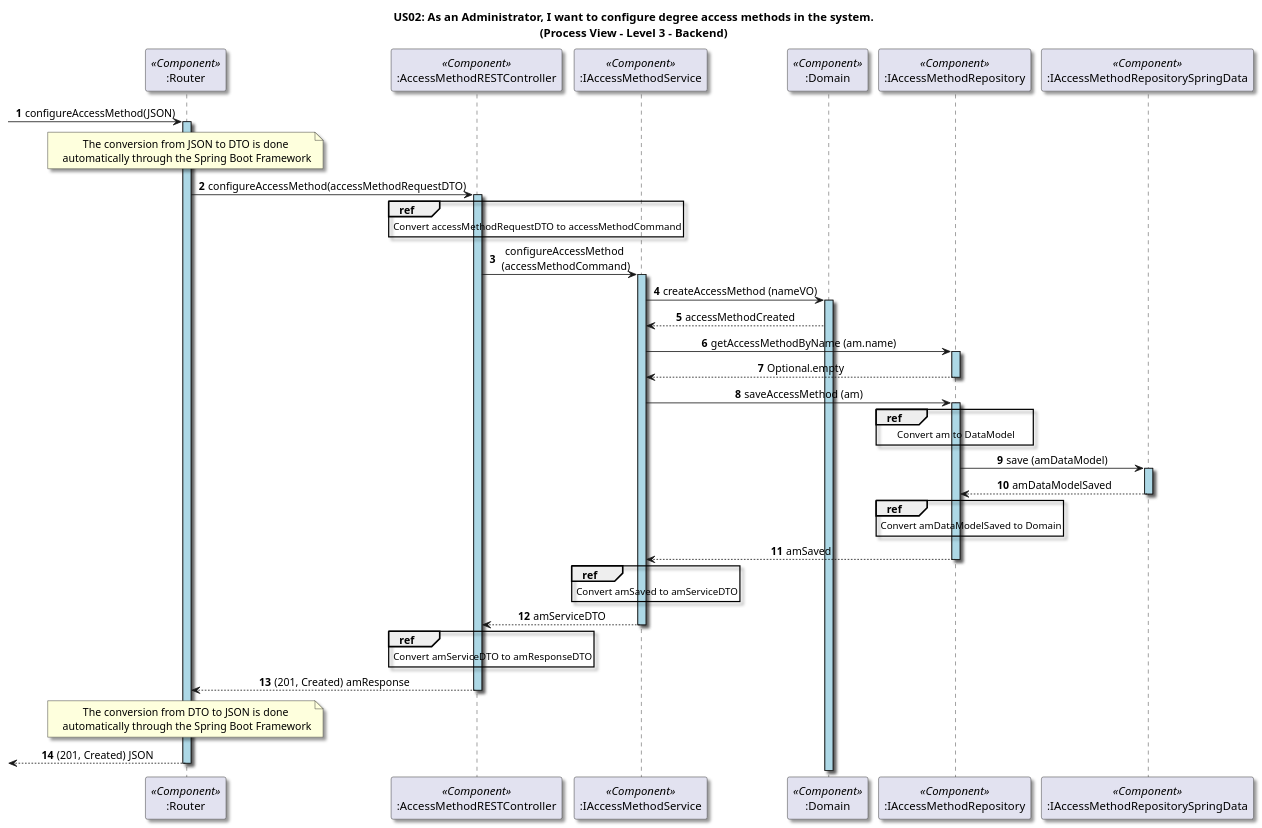
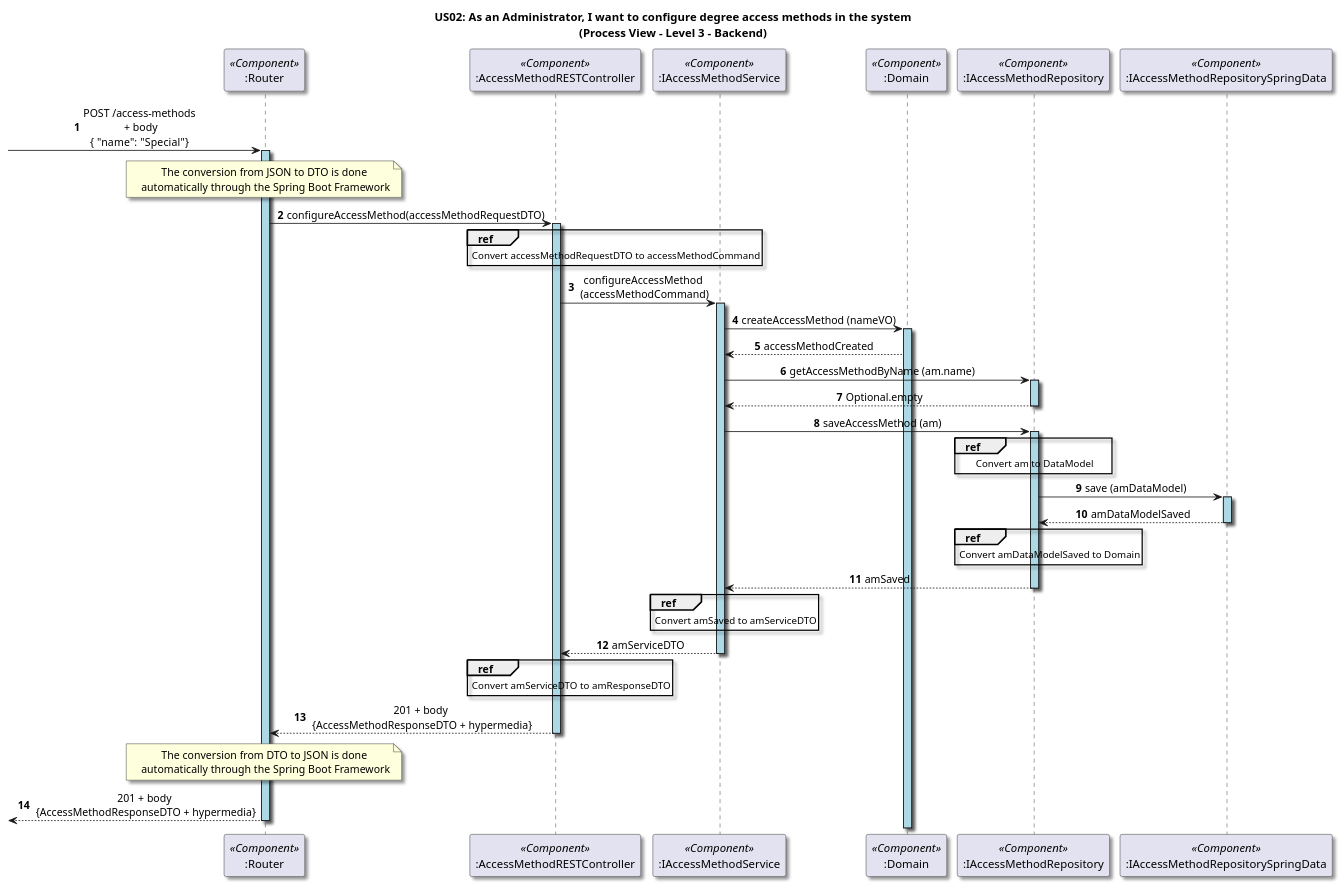
Before and after one commit to GasparISEP/DevOps-PAI: the diagram in docs/US02/Sprint6_RestAPI/ProcessView/Level3.puml, drawn with PlantUML. The commit also changed 2 other files, not shown here.

Commit message:
refactor (diagrams): update Lvl 2 and Lvl 3 process view and Lvl4 scenario view diagrams - update message descriptions to improve clarity and consistency. Closes #650

```diff
--- a/docs/US02/Sprint6_RestAPI/ProcessView/Level3.puml
+++ b/docs/US02/Sprint6_RestAPI/ProcessView/Level3.puml
@@ -1,89 +1,88 @@
 @startuml
 
-title US02: As an Administrator, I want to configure degree access methods in the system.\n(Process View - Level 3 - Backend)
+title US02: As an Administrator, I want to configure degree access methods in the system\n(Process View - Level 3 - Backend)
 
 skinparam defaultTextAlignment center
 skinparam shadowing true
 
 
 autonumber
-
 participant ":Router" as router <<Component>>
--> router: configureAccessMethod(JSON)
+-> router:  POST /access-methods\n + body\n{  "name": "Special"}
 activate router #LightBlue
 note over router: The conversion from JSON to DTO is done\n automatically through the Spring Boot Framework
 
 participant ":AccessMethodRESTController" as Controller <<Component>>
 router -> Controller: configureAccessMethod(accessMethodRequestDTO)
 activate Controller #LightBlue
 
 ref over Controller
     Convert accessMethodRequestDTO to accessMethodCommand
 end
 
 participant ":IAccessMethodService" as Service <<Component>>
 Controller -> Service: configureAccessMethod\n (accessMethodCommand)
 activate Service #LightBlue
 
 
 participant ":Domain" as Domain <<Component>>
 Service -> Domain: createAccessMethod (nameVO)
 
 activate Domain #LightBlue
 
 Domain --> Service: accessMethodCreated
 
 
 participant ":IAccessMethodRepository" as Repository <<Component>>
 Service -> Repository: getAccessMethodByName (am.name)
 activate Repository #LightBlue 
 Repository --> Service: Optional.empty
 deactivate Repository
 
 Service -> Repository: saveAccessMethod (am)
 activate Repository #LightBlue 
 
 ref over Repository
     Convert am to DataModel
 end
 
 
 
 
 participant ":IAccessMethodRepositorySpringData" as springDataRepository <<Component>>
 Repository -> springDataRepository: save (amDataModel)
 activate springDataRepository #LightBlue
 springDataRepository --> Repository : amDataModelSaved
 deactivate springDataRepository
 
 
 
 ref over Repository
     Convert amDataModelSaved to Domain
 end
 
 Repository --> Service: amSaved
 deactivate Repository
 
 
 ref over Service
     Convert amSaved to amServiceDTO
 end
 
 Service --> Controller: amServiceDTO
 
 deactivate Service
 
 ref over Controller
     Convert amServiceDTO to amResponseDTO
 end
 
-Controller --> router: (201, Created) amResponse
+Controller --> router: 201 + body\n {AccessMethodResponseDTO + hypermedia}
 deactivate Controller
 
 note over router: The conversion from DTO to JSON is done\n automatically through the Spring Boot Framework
 
-<-- router: (201, Created) JSON
+<-- router: 201 + body\n {AccessMethodResponseDTO + hypermedia}
 deactivate router
 
 @enduml
```
